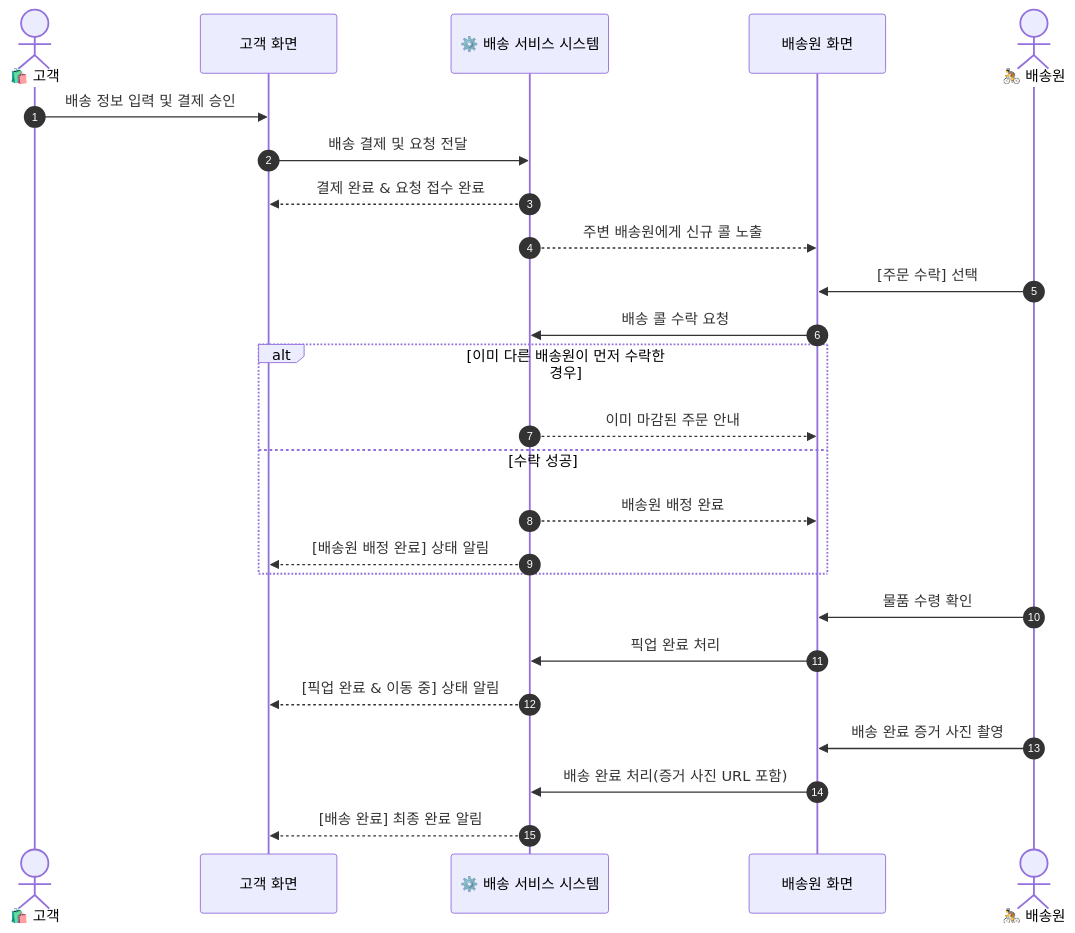
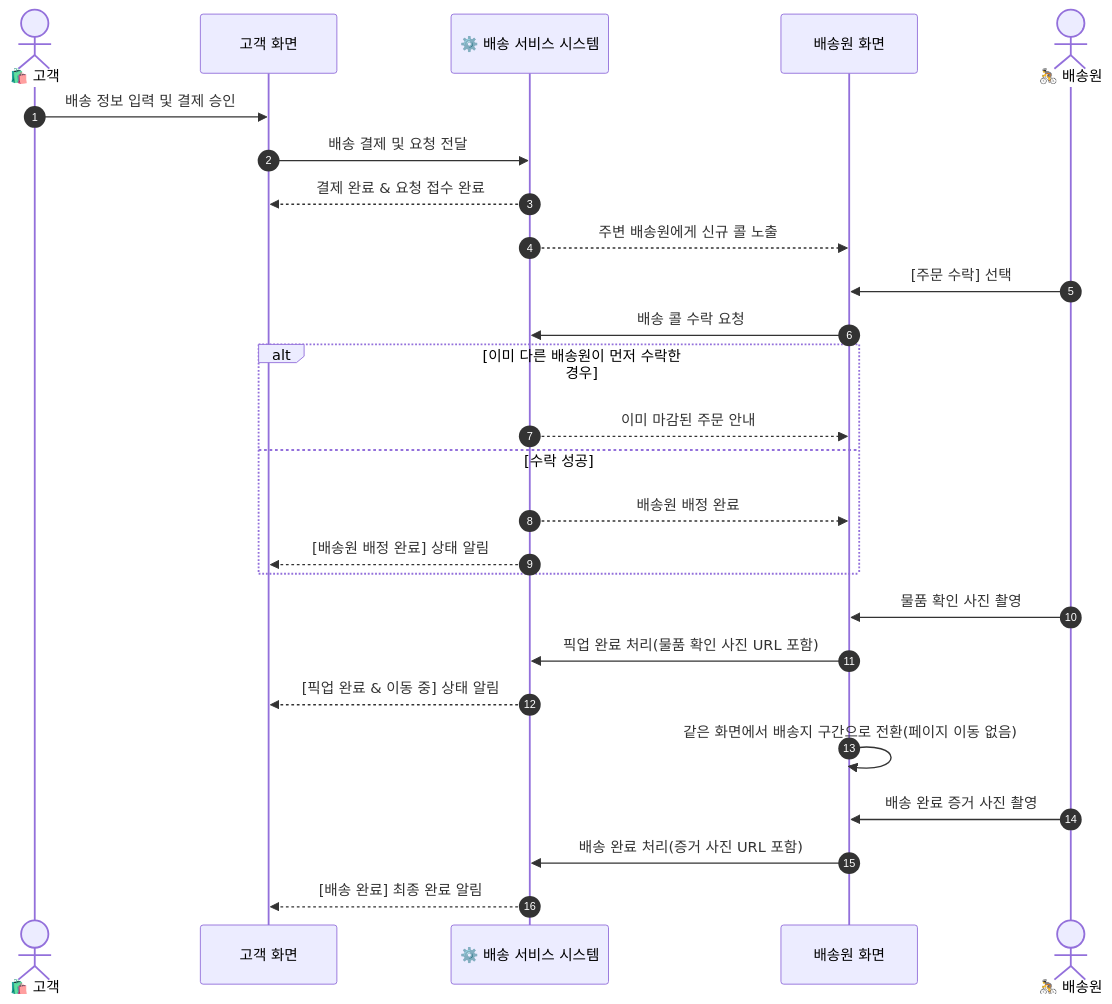
The third of 3 diagrams in docs/architecture/전체-유저-플로우-가이드.md (ShinhanDSProject/shinhan-delivery), drawn with Mermaid before and after one commit. The commit also changed other lines of this file and 1 other file, not shown here.

Commit message:
fix: 리뷰 반영 - 유저 플로우 가이드 다이어그램 동기화 및 테스트 보강
CodeRabbit 인라인 리뷰 반영.

1. 전체-유저-플로우-가이드.md: 표만 고치고 놓쳤던 플로우차트/시퀀스
   다이어그램에도 물품 확인 사진 촬영 단계와 같은 화면 내 배송 구간
   전환을 반영해 SSOT 문서 내 서술을 일치시켰다.
2. DeliveryHistoryControllerTest: 상세 조회 응답에 pickupPhotoUrl이
   실제로 직렬화되는지 검증하는 assert를 추가했다(전엔 null만 넣고
   검증도 안 해서, 매퍼가 이 필드를 누락해도 테스트가 못 잡는 상태였음).

DeliveryControllerTest(픽업 완료 API 응답)에 같은 assert를 추가하라는
제안은 스킵했다 — 그 응답 DTO(DeliveryResponse)는 completeDelivery와
동일하게 애초에 photoUrl류 필드를 노출하지 않는 설계라 해당 리뷰
제안은 실제 응답 구조와 맞지 않았다.

````diff
--- a/docs/architecture/전체-유저-플로우-가이드.md
+++ b/docs/architecture/전체-유저-플로우-가이드.md
@@ -136,31 +136,32 @@
 ```mermaid
 sequenceDiagram
     autonumber
     actor Customer as 🛍️ 고객
     participant FE_Cust as 고객 화면
     participant Service as ⚙️ 배송 서비스 시스템
     participant FE_Cour as 배송원 화면
     actor Courier as 🚴 배송원
 
     Customer->>FE_Cust: 배송 정보 입력 및 결제 승인
     FE_Cust->>Service: 배송 결제 및 요청 전달
     Service-->>FE_Cust: 결제 완료 & 요청 접수 완료
     Service-->>FE_Cour: 주변 배송원에게 신규 콜 노출
 
     Courier->>FE_Cour: [주문 수락] 선택
     FE_Cour->>Service: 배송 콜 수락 요청
     alt 이미 다른 배송원이 먼저 수락한 경우
         Service-->>FE_Cour: 이미 마감된 주문 안내
     else 수락 성공
         Service-->>FE_Cour: 배송원 배정 완료
         Service-->>FE_Cust: [배송원 배정 완료] 상태 알림
     end
 
-    Courier->>FE_Cour: 물품 수령 확인
-    FE_Cour->>Service: 픽업 완료 처리
+    Courier->>FE_Cour: 물품 확인 사진 촬영
+    FE_Cour->>Service: 픽업 완료 처리(물품 확인 사진 URL 포함)
     Service-->>FE_Cust: [픽업 완료 & 이동 중] 상태 알림
+    FE_Cour->>FE_Cour: 같은 화면에서 배송지 구간으로 전환(페이지 이동 없음)
 
     Courier->>FE_Cour: 배송 완료 증거 사진 촬영
     FE_Cour->>Service: 배송 완료 처리(증거 사진 URL 포함)
     Service-->>FE_Cust: [배송 완료] 최종 완료 알림
 ```
````
